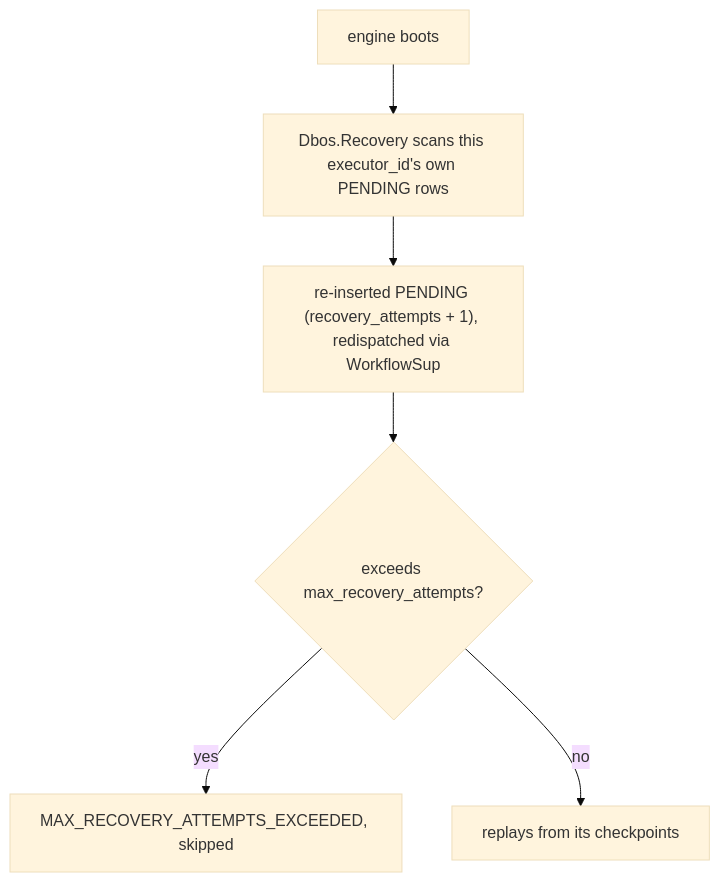
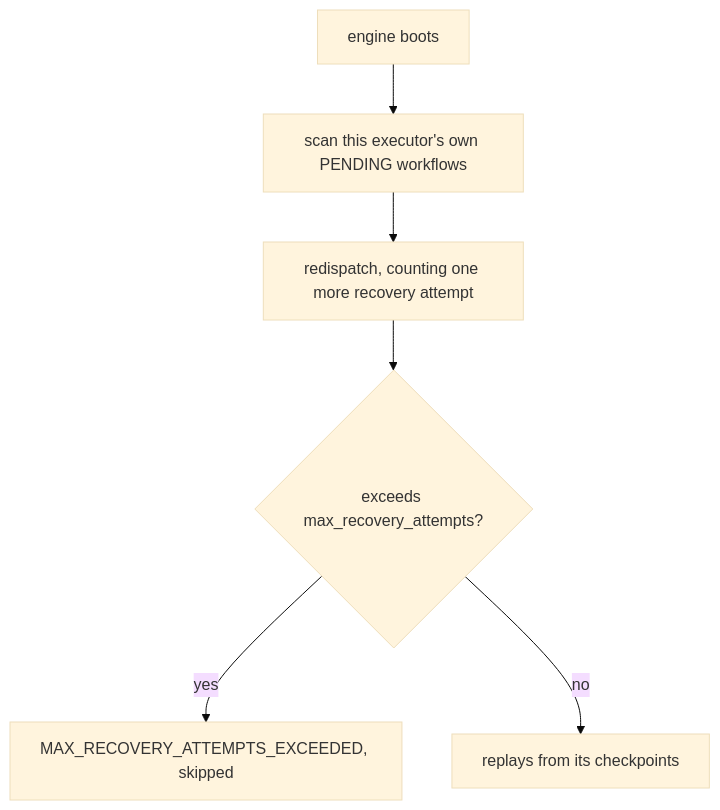
Before and after one commit to mbuhot/dbos_elixir: the diagram in guides/tutorials/workflow-management.md, drawn with Mermaid (base theme). The commit also changed other lines of this file and 16 other files, not shown here.

````diff
--- a/guides/tutorials/workflow-management.md
+++ b/guides/tutorials/workflow-management.md
@@ -157,8 +148,8 @@
 ```mermaid
 flowchart TD
-    A[engine boots] --> B["Dbos.Recovery scans this executor_id's own PENDING rows"]
-    B --> C["re-inserted PENDING (recovery_attempts + 1), redispatched via WorkflowSup"]
+    A[engine boots] --> B["scan this executor's own PENDING workflows"]
+    B --> C["redispatch, counting one more recovery attempt"]
     C --> D{exceeds max_recovery_attempts?}
     D -->|yes| E[MAX_RECOVERY_ATTEMPTS_EXCEEDED, skipped]
     D -->|no| F[replays from its checkpoints]
 ```
````
